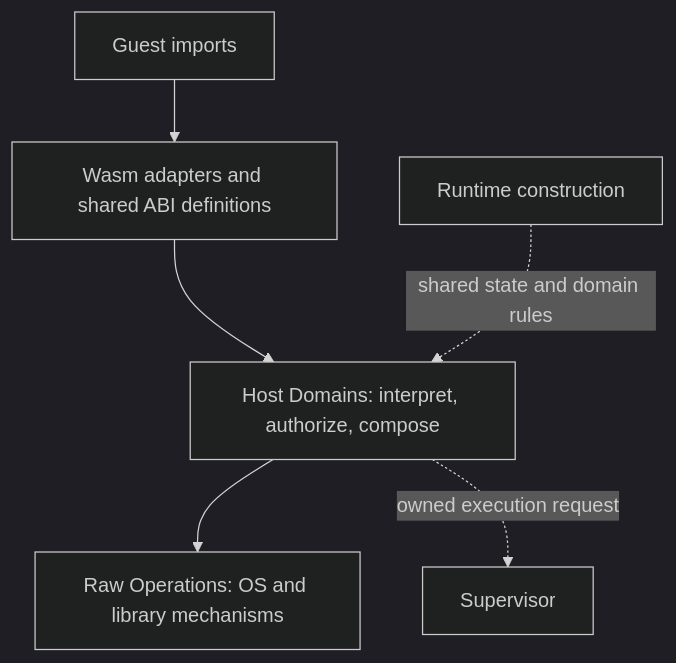
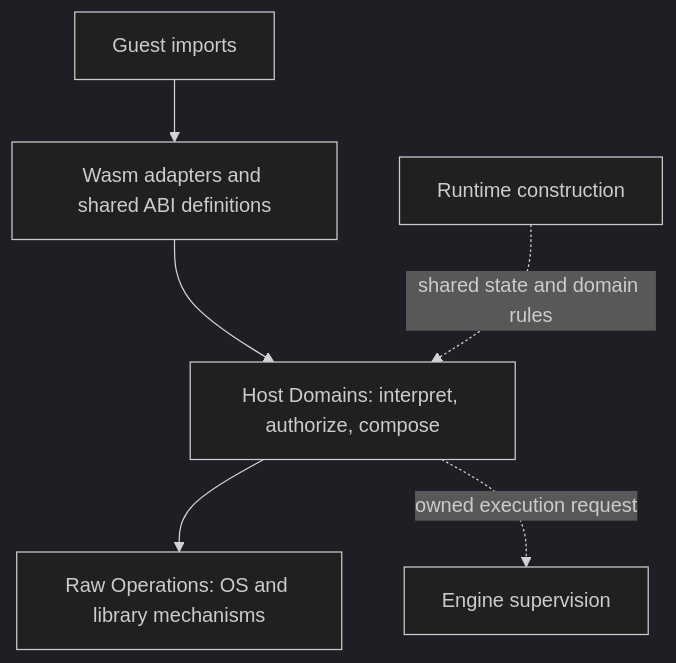
Before and after one commit to moonbitlang/moon: the diagram in crates/moonrun/docs/dev/design/runtime-architecture.md, drawn with Mermaid (dark theme). The commit also changed other lines of this file and 22 other files, not shown here.

First line of the commit message:
refactor(moonrun): unify execution and supervision in Engine (#2404)

````diff
--- a/crates/moonrun/docs/dev/design/runtime-architecture.md
+++ b/crates/moonrun/docs/dev/design/runtime-architecture.md
@@ -126,8 +145,8 @@
 ```mermaid
 flowchart TD
     G[Guest imports] --> A[Wasm adapters and shared ABI definitions]
     A --> D[Host Domains: interpret, authorize, compose]
     D --> R[Raw Operations: OS and library mechanisms]
     C[Runtime construction] -. shared state and domain rules .-> D
-    D -. owned execution request .-> S[Supervisor]
+    D -. owned execution request .-> S[Engine supervision]
 ```
````
